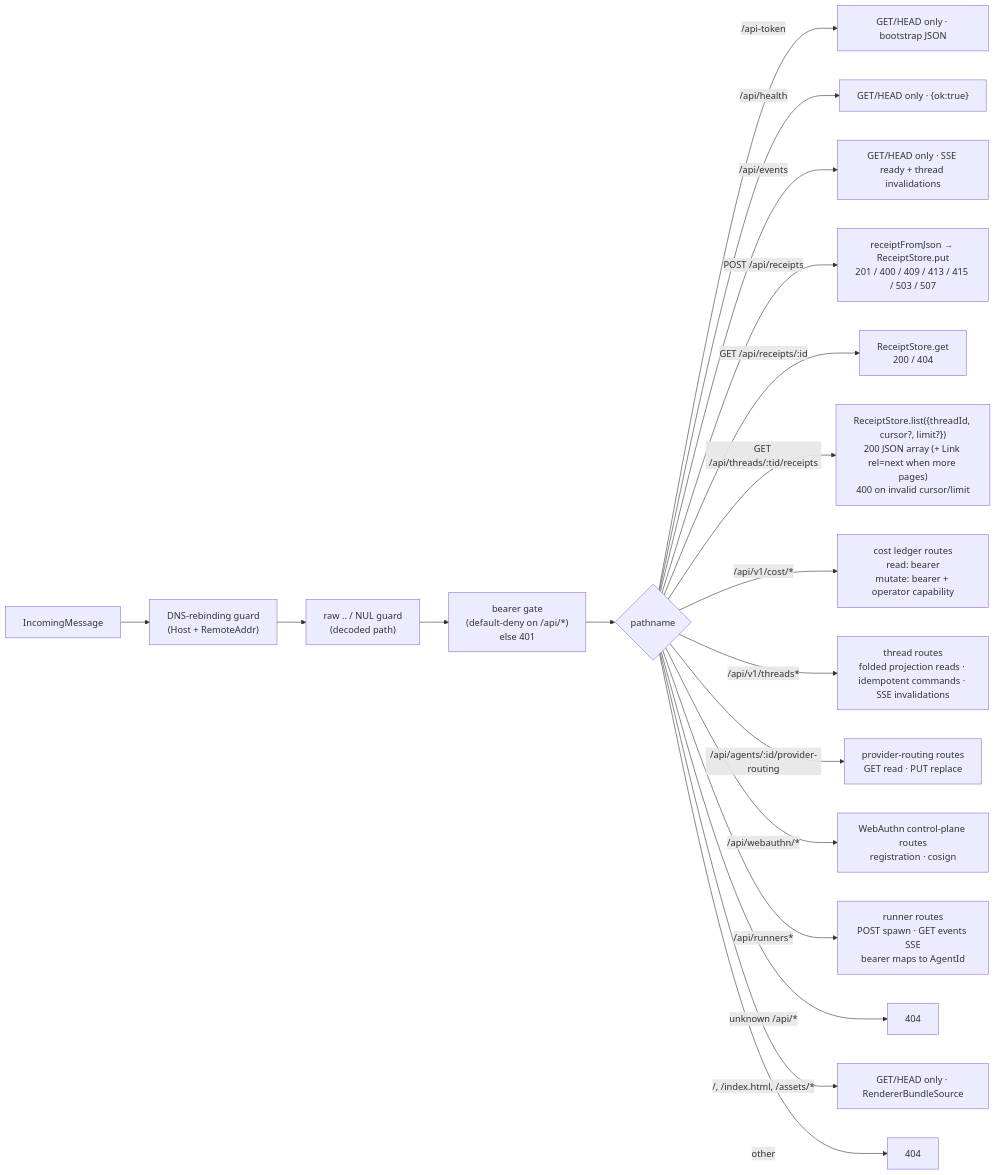
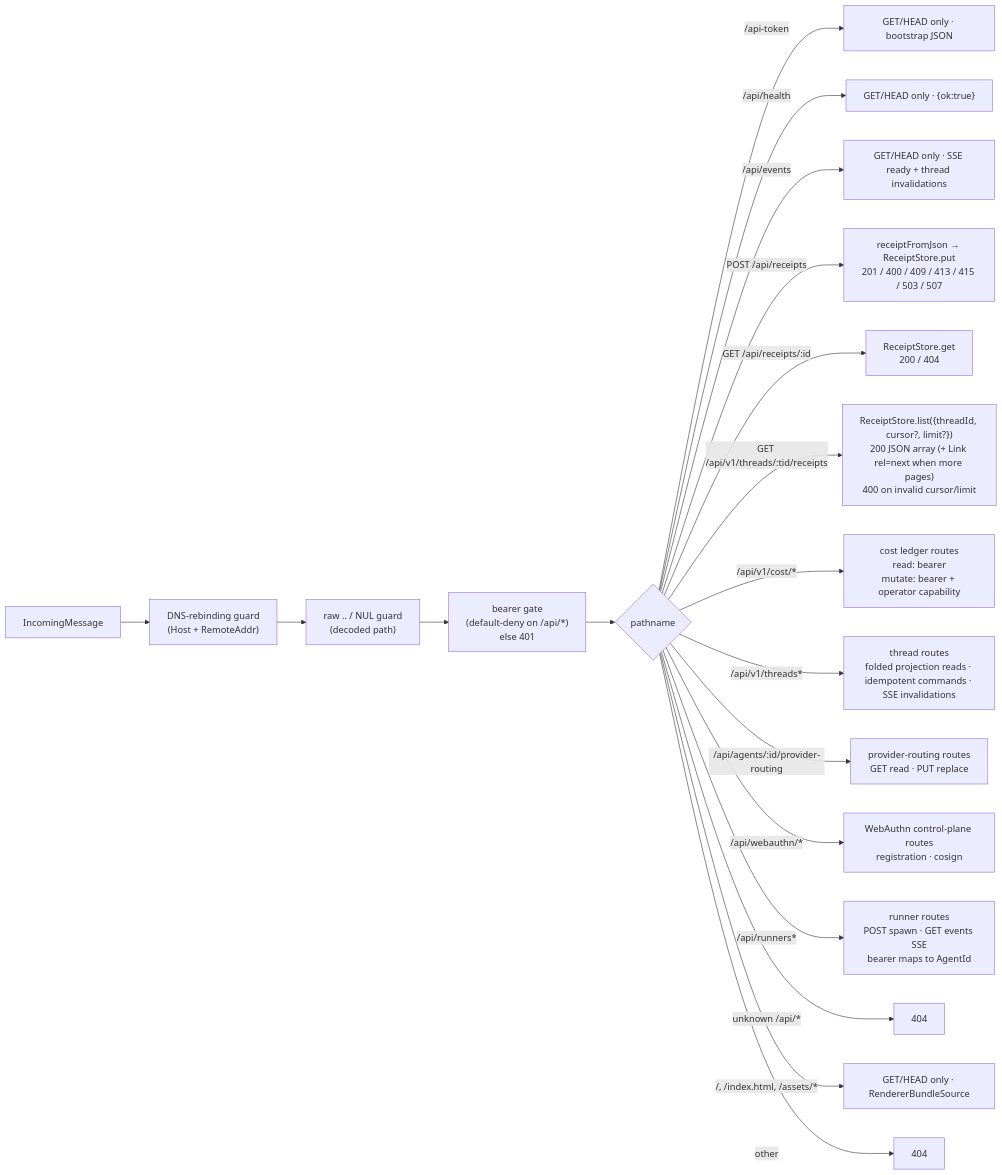
The diagram in packages/broker/docs/modules/listener.md (nex-crm/wuphf), drawn with Mermaid before and after one commit. The commit also changed other lines of this file and 3 other files, not shown here.

````diff
--- a/packages/broker/docs/modules/listener.md
+++ b/packages/broker/docs/modules/listener.md
@@ -17,21 +17,21 @@
 ```mermaid
 flowchart LR
   req["IncomingMessage"] --> guard["DNS-rebinding guard<br/>(Host + RemoteAddr)"]
   guard --> traversal["raw .. / NUL guard<br/>(decoded path)"]
   traversal --> auth["bearer gate<br/>(default-deny on /api/*)<br/>else 401"]
   auth --> dispatch{"pathname"}
   dispatch -- "/api-token" --> bootstrap["GET/HEAD only · bootstrap JSON"]
   dispatch -- "/api/health" --> health["GET/HEAD only · {ok:true}"]
   dispatch -- "/api/events" --> events["GET/HEAD only · SSE ready + thread invalidations"]
   dispatch -- "POST /api/receipts" --> create["receiptFromJson → ReceiptStore.put<br/>201 / 400 / 409 / 413 / 415 / 503 / 507"]
   dispatch -- "GET /api/receipts/:id" --> read["ReceiptStore.get<br/>200 / 404"]
-  dispatch -- "GET /api/threads/:tid/receipts" --> list["ReceiptStore.list({threadId, cursor?, limit?})<br/>200 JSON array (+ Link rel=next when more pages)<br/>400 on invalid cursor/limit"]
+  dispatch -- "GET /api/v1/threads/:tid/receipts" --> list["ReceiptStore.list({threadId, cursor?, limit?})<br/>200 JSON array (+ Link rel=next when more pages)<br/>400 on invalid cursor/limit"]
   dispatch -- "/api/v1/cost/*" --> cost["cost ledger routes<br/>read: bearer<br/>mutate: bearer + operator capability"]
   dispatch -- "/api/v1/threads*" --> threads["thread routes<br/>folded projection reads · idempotent commands · SSE invalidations"]
   dispatch -- "/api/agents/:id/provider-routing" --> routing["provider-routing routes<br/>GET read · PUT replace"]
   dispatch -- "/api/webauthn/*" --> webauthn["WebAuthn control-plane routes<br/>registration · cosign"]
   dispatch -- "/api/runners*" --> runners["runner routes<br/>POST spawn · GET events SSE<br/>bearer maps to AgentId"]
   dispatch -- "unknown /api/*" --> apinotfound["404"]
   dispatch -- "/, /index.html, /assets/*" --> static["GET/HEAD only · RendererBundleSource"]
   dispatch -- "other" --> notfound["404"]
 ```
````
